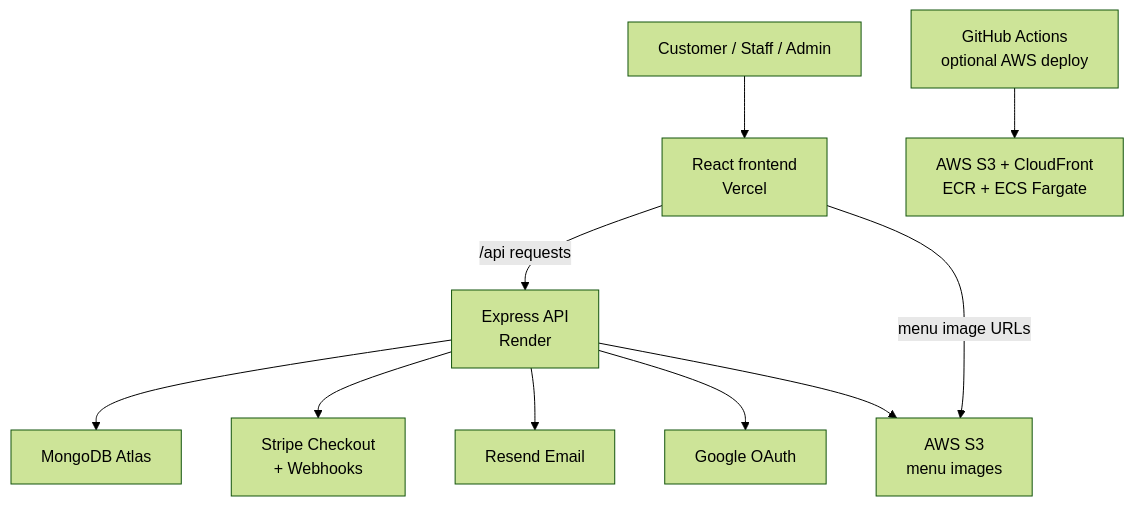
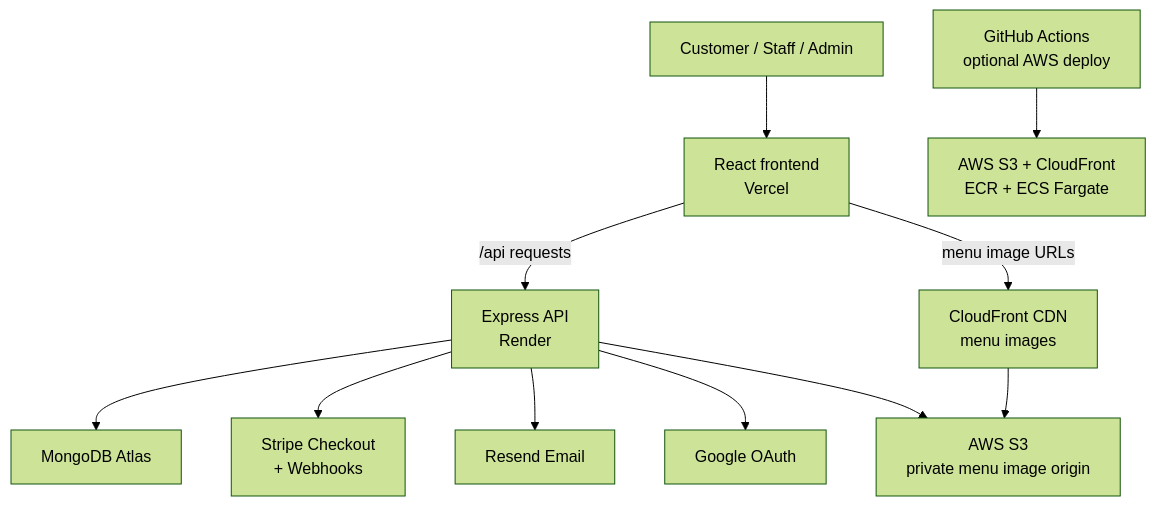
Before and after one commit to xiudou401/burger: the diagram in README.md, drawn with Mermaid (forest theme). The commit also changed other lines of this file and 5 other files, not shown here.

Commit message:
Serve menu images through CloudFront

````diff
--- a/README.md
+++ b/README.md
@@ -359,13 +359,14 @@
 ```mermaid
 flowchart TD
   user["Customer / Staff / Admin"] --> frontend["React frontend<br/>Vercel"]
   frontend -->|"/api requests"| api["Express API<br/>Render"]
   api --> mongo["MongoDB Atlas"]
   api --> stripe["Stripe Checkout<br/>+ Webhooks"]
   api --> resend["Resend Email"]
   api --> google["Google OAuth"]
-  api --> s3Images["AWS S3<br/>menu images"]
-  frontend -->|menu image URLs| s3Images
+  api --> s3Images["AWS S3<br/>private menu image origin"]
+  cloudfront["CloudFront CDN<br/>menu images"] --> s3Images
+  frontend -->|menu image URLs| cloudfront
 
   github["GitHub Actions<br/>optional AWS deploy"] --> aws["AWS S3 + CloudFront<br/>ECR + ECS Fargate"]
 ```
````
